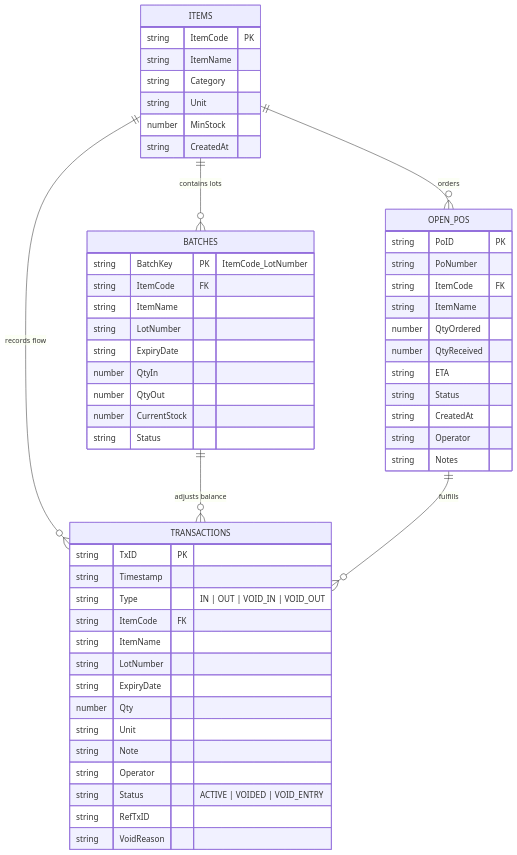
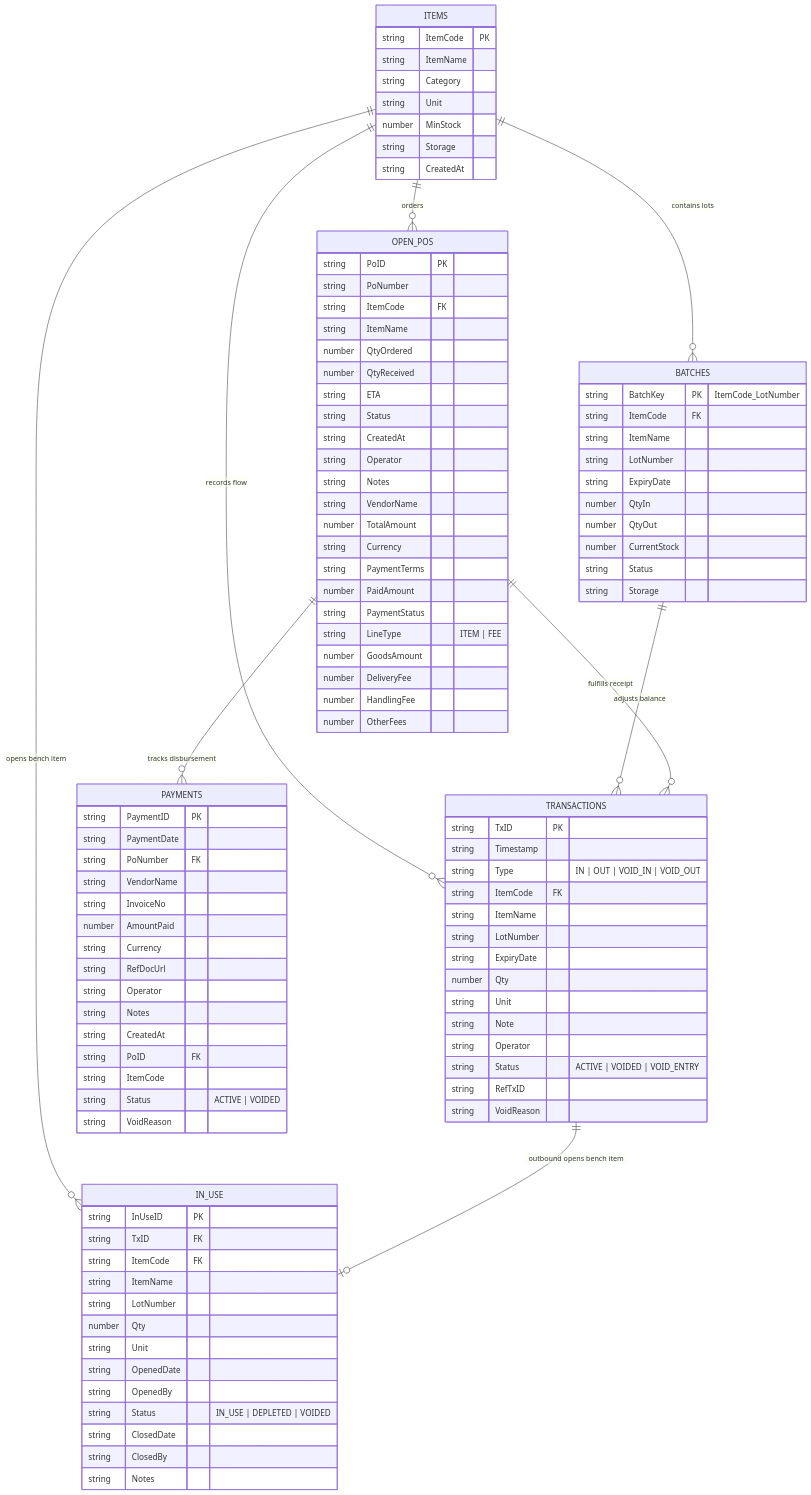
Before and after one commit to ngthanhminh2069/inventory-management-AppScript: the diagram in docs/DATABASE_SCHEMA.md, drawn with Mermaid. The commit also changed other lines of this file and 5 other files, not shown here.

Commit message:
feat: upgrade to v2.0 - add in-use bench tracking, payment ledger, multi-line POs & bulk import

```diff
--- a/docs/DATABASE_SCHEMA.md
+++ b/docs/DATABASE_SCHEMA.md
@@ -16,9 +18,12 @@
 erDiagram
     ITEMS ||--o{ BATCHES : "contains lots"
     ITEMS ||--o{ OPEN_POS : "orders"
+    ITEMS ||--o{ IN_USE : "opens bench item"
     ITEMS ||--o{ TRANSACTIONS : "records flow"
     BATCHES ||--o{ TRANSACTIONS : "adjusts balance"
-    OPEN_POS ||--o{ TRANSACTIONS : "fulfills"
+    OPEN_POS ||--o{ TRANSACTIONS : "fulfills receipt"
+    OPEN_POS ||--o{ PAYMENTS : "tracks disbursement"
+    TRANSACTIONS ||--o| IN_USE : "outbound opens bench item"
 
     ITEMS {
         string ItemCode PK
@@ -26,6 +31,7 @@
         string Category
         string Unit
         number MinStock
+        string Storage
         string CreatedAt
     }
 
@@ -39,6 +45,7 @@
         number QtyOut
         number CurrentStock
         string Status
+        string Storage
     }
 
     OPEN_POS {
@@ -52,6 +59,51 @@
         string Status
         string CreatedAt
         string Operator
+        string Notes
+        string VendorName
+        number TotalAmount
+        string Currency
+        string PaymentTerms
+        number PaidAmount
+        string PaymentStatus
+        string LineType "ITEM | FEE"
+        number GoodsAmount
+        number DeliveryFee
+        number HandlingFee
+        number OtherFees
+    }
+
+    PAYMENTS {
+        string PaymentID PK
+        string PaymentDate
+        string PoNumber FK
+        string VendorName
+        string InvoiceNo
+        number AmountPaid
+        string Currency
+        string RefDocUrl
+        string Operator
+        string Notes
+        string CreatedAt
+        string PoID FK
+        string ItemCode
+        string Status "ACTIVE | VOIDED"
+        string VoidReason
+    }
+
+    IN_USE {
+        string InUseID PK
+        string TxID FK
+        string ItemCode FK
+        string ItemName
+        string LotNumber
+        number Qty
+        string Unit
+        string OpenedDate
+        string OpenedBy
+        string Status "IN_USE | DEPLETED | VOIDED"
+        string ClosedDate
+        string ClosedBy
         string Notes
     }
 
```
